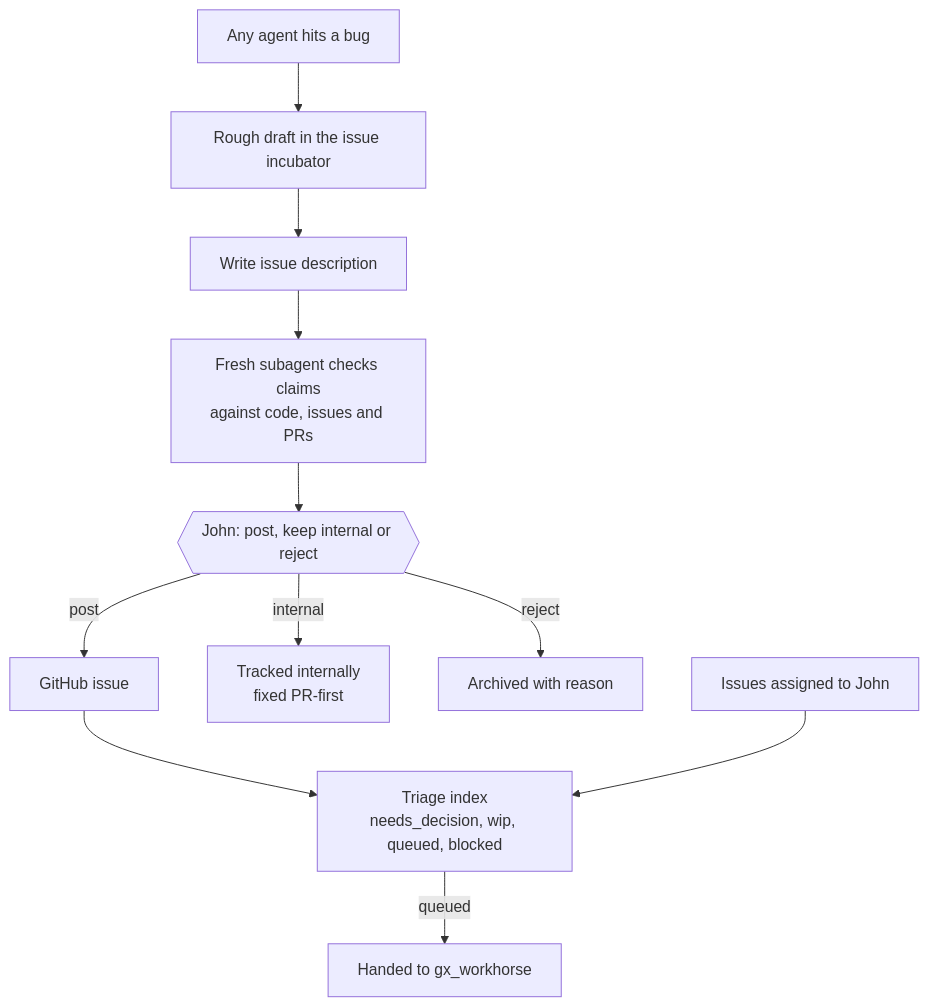
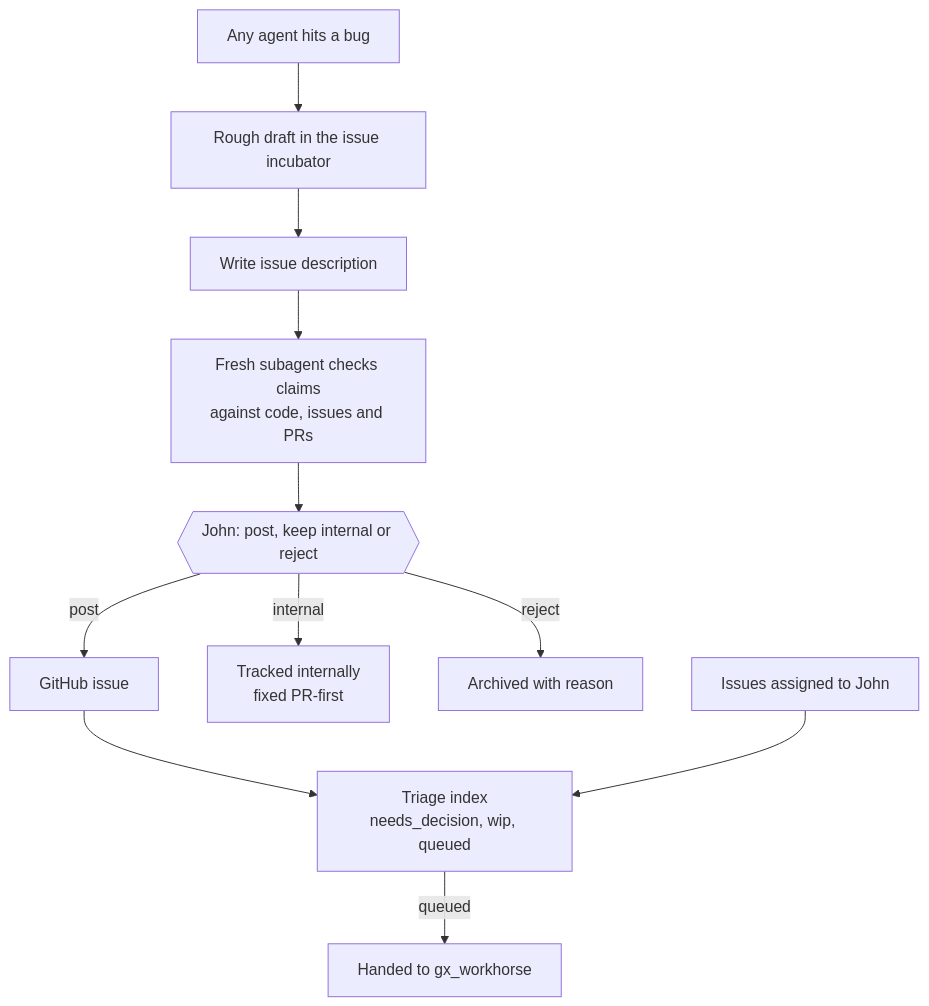
One commit to jmchilton/galaxy-brain changed the second of 4 diagrams in vault/agents/factory/BRANCH_FACTORY.md. Above: the diagram before and after it, drawn with Mermaid. The commit also changed 28 other files, not shown here.

````diff
--- a/vault/agents/factory/BRANCH_FACTORY.md
+++ b/vault/agents/factory/BRANCH_FACTORY.md
@@ -32,13 +32,13 @@
 ```mermaid
 flowchart TD
   A["Any agent hits a bug"] --> Q["Rough draft in the issue incubator"]
   Q --> D["Write issue description"]
   D --> R["Fresh subagent checks claims<br/>against code, issues and PRs"]
   R --> J{{"John: post, keep internal or reject"}}
   J -->|post| G["GitHub issue"]
   J -->|internal| N["Tracked internally<br/>fixed PR-first"]
   J -->|reject| O["Archived with reason"]
-  G --> T["Triage index<br/>needs_decision, wip, queued, blocked"]
+  G --> T["Triage index<br/>needs_decision, wip, queued"]
   S["Issues assigned to John"] --> T
   T -->|queued| W["Handed to gx_workhorse"]
 ```
````
